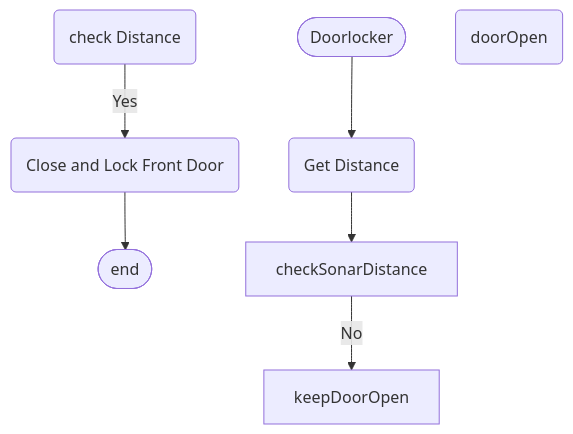
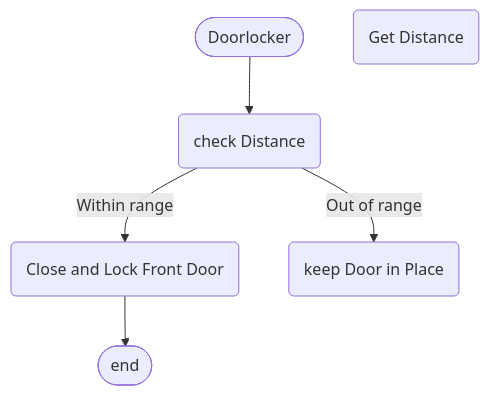
The second of 4 diagrams in logic.md (0628222/SmartHouse-), drawn with Mermaid before and after one commit. The commit also changed other lines of this file, not shown here.

Commit message:
Alarm system flowchart

````diff
--- a/logic.md
+++ b/logic.md
@@ -21,14 +21,14 @@
 ```mermaid
 flowchart TD
     Start([Doorlocker])
-    GetSonarDistance(Get Distance)
-    CheckSonarDistance(check Distance)
+    getSonarDistance(Get Distance)
+    checkSonarDistance(check Distance)
     closeAndLockDoor(Close and Lock Front Door)
-    KeepDoorOpen(doorOpen)
+    keepDoorInPlace(keep Door in Place)
     finish([end])
 
-    Start-->GetSonarDistance-->checkSonarDistance
-    CheckSonarDistance-->|Yes| closeAndLockDoor
-    checkSonarDistance-->|No| keepDoorOpen
+    Start-->checkSonarDistance
+    checkSonarDistance-->|Within range| closeAndLockDoor
+    checkSonarDistance-->|Out of range| keepDoorInPlace 
     closeAndLockDoor--> finish    
 ```
````
